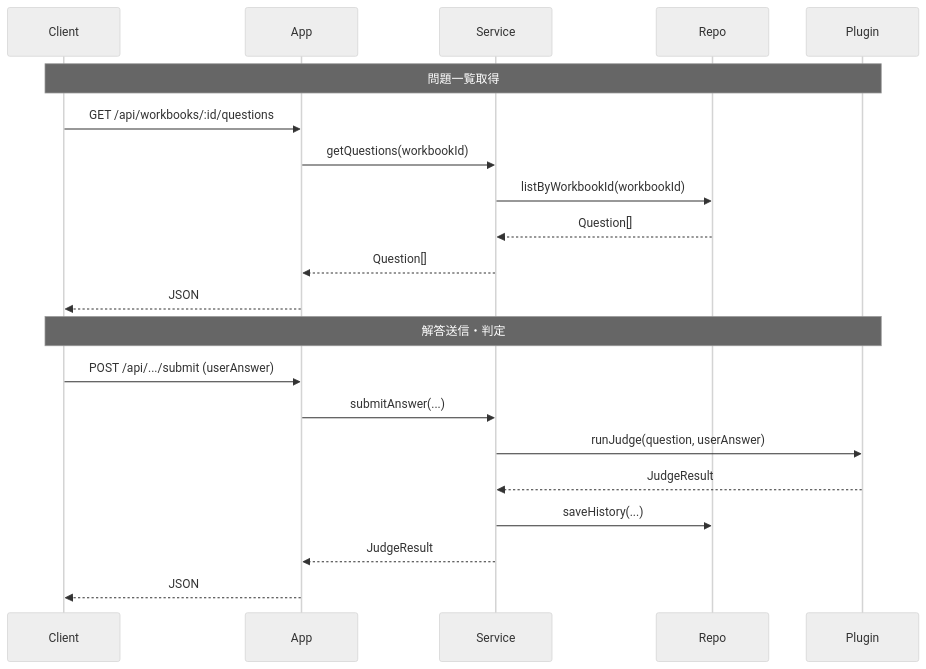
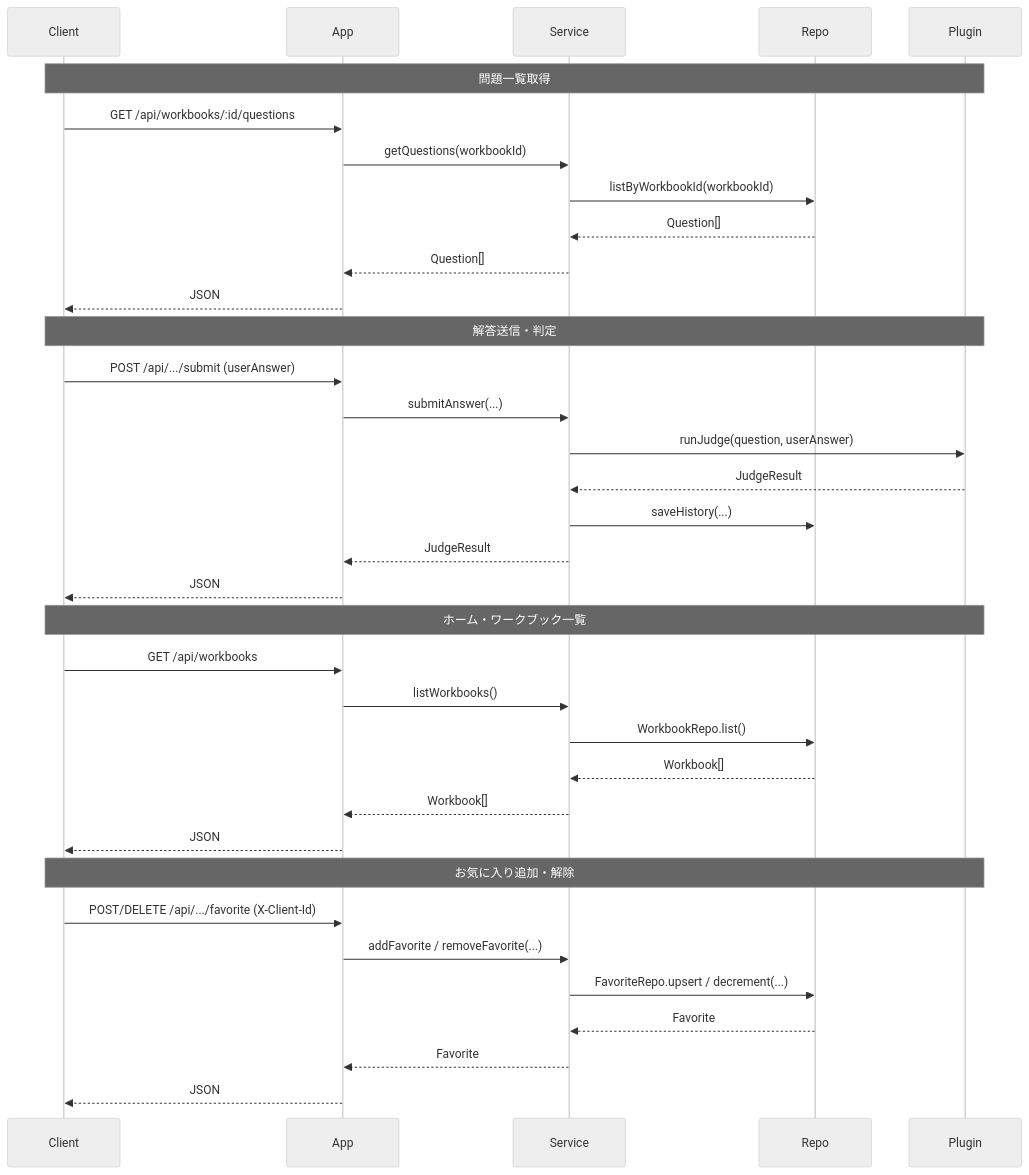
Before and after one commit to iizukah/py-value: the second of 2 diagrams in docs/01_specs/02_architecture/ARC-01_system_design.md, drawn with Mermaid (neutral theme). The commit also changed other lines of this file and 15 other files, not shown here.

````diff
--- a/docs/01_specs/02_architecture/ARC-01_system_design.md
+++ b/docs/01_specs/02_architecture/ARC-01_system_design.md
@@ -101,25 +107,41 @@
 ```mermaid
 sequenceDiagram
   participant Client
   participant App
   participant Service
   participant Repo
   participant Plugin
 
   Note over Client,Plugin: 問題一覧取得
   Client->>App: GET /api/workbooks/:id/questions
   App->>Service: getQuestions(workbookId)
   Service->>Repo: listByWorkbookId(workbookId)
   Repo-->>Service: Question[]
   Service-->>App: Question[]
   App-->>Client: JSON
 
   Note over Client,Plugin: 解答送信・判定
   Client->>App: POST /api/.../submit (userAnswer)
   App->>Service: submitAnswer(...)
   Service->>Plugin: runJudge(question, userAnswer)
   Plugin-->>Service: JudgeResult
   Service->>Repo: saveHistory(...)
   Service-->>App: JudgeResult
   App-->>Client: JSON
+
+  Note over Client,Plugin: ホーム・ワークブック一覧
+  Client->>App: GET /api/workbooks
+  App->>Service: listWorkbooks()
+  Service->>Repo: WorkbookRepo.list()
+  Repo-->>Service: Workbook[]
+  Service-->>App: Workbook[]
+  App-->>Client: JSON
+
+  Note over Client,Plugin: お気に入り追加・解除
+  Client->>App: POST/DELETE /api/.../favorite (X-Client-Id)
+  App->>Service: addFavorite / removeFavorite(...)
+  Service->>Repo: FavoriteRepo.upsert / decrement(...)
+  Repo-->>Service: Favorite
+  Service-->>App: Favorite
+  App-->>Client: JSON
 ```
````
